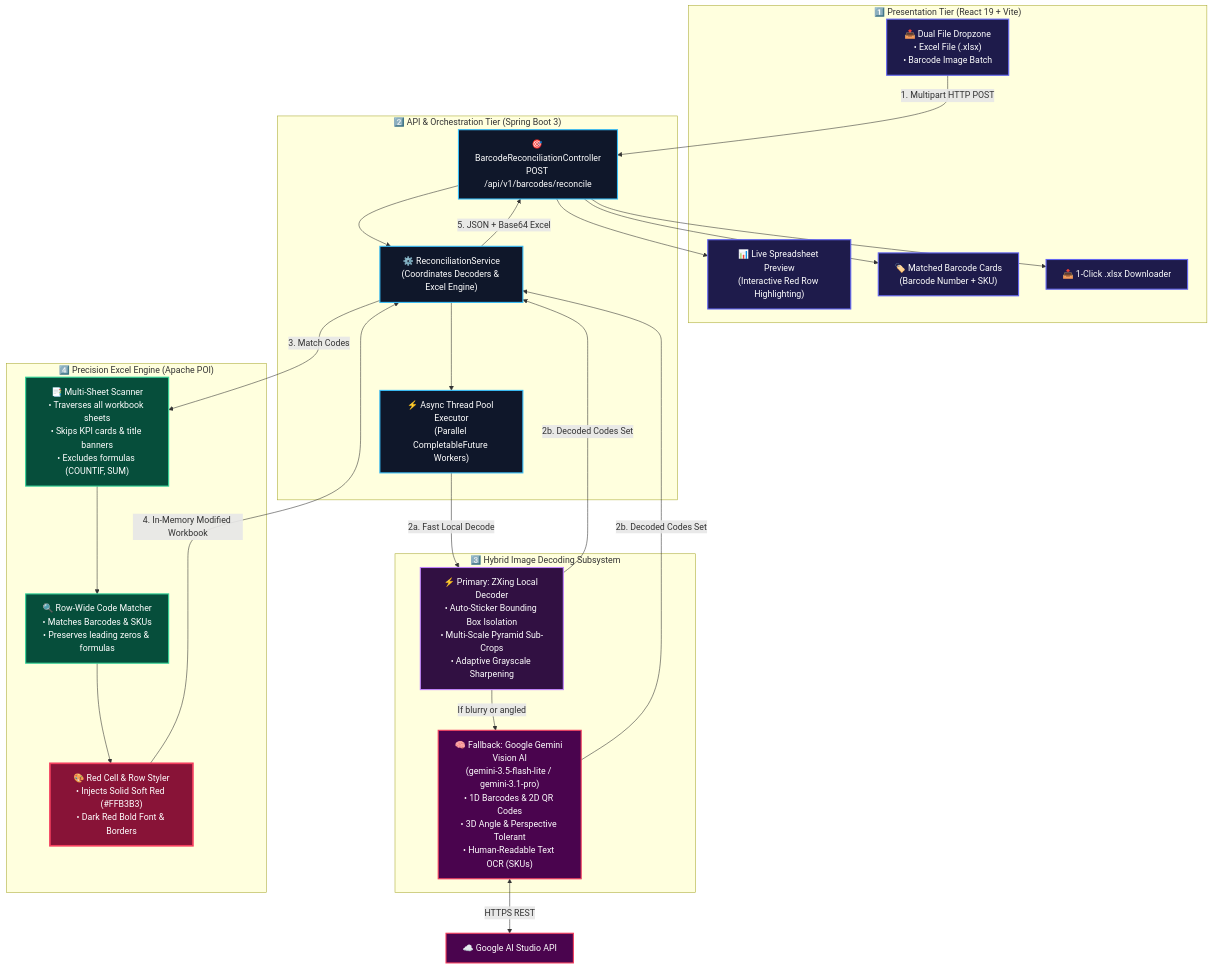
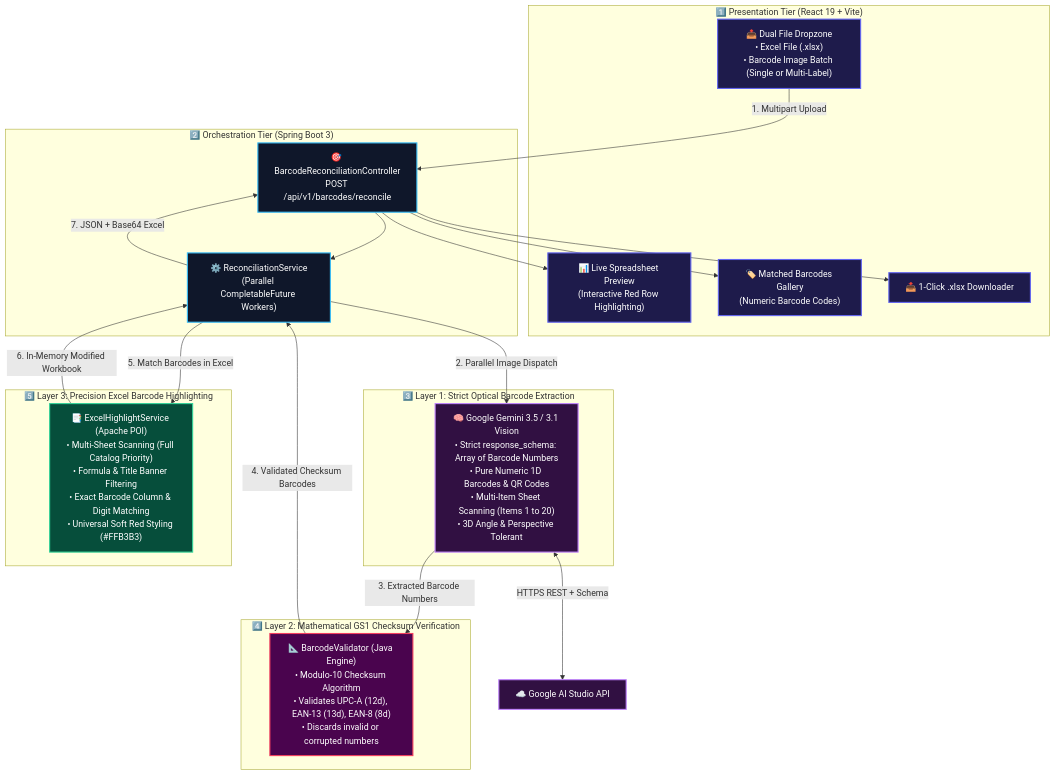
One commit to oeng-chihea/Q-Bar-Code-Decoding changed the diagram in README.md. Above: the diagram before and after it, drawn with Mermaid. The commit also changed other lines of this file and 5 other files, not shown here.

Commit message:
update with the scanning barcode column only and then update the flow of the accuracy higher than the previous progress

````diff
--- a/README.md
+++ b/README.md
@@ -11,60 +11,53 @@
 ```mermaid
 graph TD
     %% Define Styles
     classDef client fill:#1e1b4b,stroke:#6366f1,stroke-width:2px,color:#ffffff;
     classDef backend fill:#0f172a,stroke:#38bdf8,stroke-width:2px,color:#ffffff;
-    classDef decoder fill:#311042,stroke:#c084fc,stroke-width:2px,color:#ffffff;
-    classDef ai fill:#4a044e,stroke:#f43f5e,stroke-width:2px,color:#ffffff;
-    classDef excel fill:#064e3b,stroke:#34d399,stroke-width:2px,color:#ffffff;
+    classDef layer1 fill:#311042,stroke:#c084fc,stroke-width:2px,color:#ffffff;
+    classDef layer2 fill:#4a044e,stroke:#f43f5e,stroke-width:2px,color:#ffffff;
+    classDef layer3 fill:#064e3b,stroke:#34d399,stroke-width:2px,color:#ffffff;
     classDef result fill:#881337,stroke:#f43f5e,stroke-width:3px,color:#ffffff;
 
-    %% 1. FRONTEND TIER
-    subgraph TIER1 ["1️⃣ Presentation Tier (React 19 + Vite)"]
-        UI_Upload["📤 Dual File Dropzone\n• Excel File (.xlsx)\n• Barcode Image Batch"]:::client
+    %% PRESENTATION TIER
+    subgraph ClientLayer ["1️⃣ Presentation Tier (React 19 + Vite)"]
+        UI_Upload["📤 Dual File Dropzone\n• Excel File (.xlsx)\n• Barcode Image Batch (Single or Multi-Label)"]:::client
         UI_Preview["📊 Live Spreadsheet Preview\n(Interactive Red Row Highlighting)"]:::client
-        UI_Cards["🏷️ Matched Barcode Cards\n(Barcode Number + SKU)"]:::client
+        UI_Cards["🏷️ Matched Barcodes Gallery\n(Numeric Barcode Codes)"]:::client
         UI_Download["📥 1-Click .xlsx Downloader"]:::client
     end
 
-    %% 2. BACKEND API TIER
-    subgraph TIER2 ["2️⃣ API & Orchestration Tier (Spring Boot 3)"]
+    %% BACKEND TIER
+    subgraph BackendLayer ["2️⃣ Orchestration Tier (Spring Boot 3)"]
         API_Ctrl["🎯 BarcodeReconciliationController\nPOST /api/v1/barcodes/reconcile"]:::backend
-        API_Orch["⚙️ ReconciliationService\n(Coordinates Decoders & Excel Engine)"]:::backend
-        ThreadPool["⚡ Async Thread Pool Executor\n(Parallel CompletableFuture Workers)"]:::backend
+        API_Orch["⚙️ ReconciliationService\n(Parallel CompletableFuture Workers)"]:::backend
     end
 
-    %% 3. DUAL DECODING ENGINE
-    subgraph TIER3 ["3️⃣ Hybrid Image Decoding Subsystem"]
-        ZXing_Engine["⚡ Primary: ZXing Local Decoder\n• Auto-Sticker Bounding Box Isolation\n• Multi-Scale Pyramid Sub-Crops\n• Adaptive Grayscale Sharpening"]:::decoder
-        Gemini_AI["🧠 Fallback: Google Gemini Vision AI\n(gemini-3.5-flash-lite / gemini-3.1-pro)\n• 1D Barcodes & 2D QR Codes\n• 3D Angle & Perspective Tolerant\n• Human-Readable Text OCR (SKUs)"]:::ai
+    %% LAYER 1: STRICT BARCODE AI OCR
+    subgraph Layer1 ["3️⃣ Layer 1: Strict Optical Barcode Extraction"]
+        Gemini_AI["🧠 Google Gemini 3.5 / 3.1 Vision\n• Strict response_schema: Array of Barcode Numbers\n• Pure Numeric 1D Barcodes & QR Codes\n• Multi-Item Sheet Scanning (Items 1 to 20)\n• 3D Angle & Perspective Tolerant"]:::layer1
     end
 
-    %% 4. EXCEL PROCESSING ENGINE
-    subgraph TIER4 ["4️⃣ Precision Excel Engine (Apache POI)"]
-        Excel_Scanner["📑 Multi-Sheet Scanner\n• Traverses all workbook sheets\n• Skips KPI cards & title banners\n• Excludes formulas (COUNTIF, SUM)"]:::excel
-        Excel_Matcher["🔍 Row-Wide Code Matcher\n• Matches Barcodes & SKUs\n• Preserves leading zeros & formulas"]:::excel
-        Excel_Styler["🎨 Red Cell & Row Styler\n• Injects Solid Soft Red (#FFB3B3)\n• Dark Red Bold Font & Borders"]:::result
+    %% LAYER 2: MATHEMATICAL GS1 VALIDATOR
+    subgraph Layer2 ["4️⃣ Layer 2: Mathematical GS1 Checksum Verification"]
+        GS1_Validator["📐 BarcodeValidator (Java Engine)\n• Modulo-10 Checksum Algorithm\n• Validates UPC-A (12d), EAN-13 (13d), EAN-8 (8d)\n• Discards invalid or corrupted numbers"]:::layer2
     end
 
-    %% Flow Paths
-    UI_Upload -->|1. Multipart HTTP POST| API_Ctrl
+    %% LAYER 3: BARCODE COLUMN MATCHING
+    subgraph Layer3 ["5️⃣ Layer 3: Precision Excel Barcode Highlighting"]
+        Excel_Engine["📑 ExcelHighlightService (Apache POI)\n• Multi-Sheet Scanning (Full Catalog Priority)\n• Formula & Title Banner Filtering\n• Exact Barcode Column & Digit Matching\n• Universal Soft Red Styling (#FFB3B3)"]:::layer3
+    end
+
+    %% Data Flow
+    UI_Upload -->|1. Multipart Upload| API_Ctrl
     API_Ctrl --> API_Orch
-    API_Orch --> ThreadPool
-    
-    ThreadPool -->|2a. Fast Local Decode| ZXing_Engine
-    ZXing_Engine -->|If blurry or angled| Gemini_AI
-    Gemini_AI <-->|HTTPS REST| CloudAPI["☁️ Google AI Studio API"]:::ai
-
-    ZXing_Engine -->|2b. Decoded Codes Set| API_Orch
-    Gemini_AI -->|2b. Decoded Codes Set| API_Orch
-
-    API_Orch -->|3. Match Codes| Excel_Scanner
-    Excel_Scanner --> Excel_Matcher
-    Excel_Matcher --> Excel_Styler
-
-    Excel_Styler -->|4. In-Memory Modified Workbook| API_Orch
-    API_Orch -->|5. JSON + Base64 Excel| API_Ctrl
+    API_Orch -->|2. Parallel Image Dispatch| Gemini_AI
+    Gemini_AI <-->|HTTPS REST + Schema| CloudAPI["☁️ Google AI Studio API"]:::layer1
+    Gemini_AI -->|3. Extracted Barcode Numbers| GS1_Validator
+    GS1_Validator -->|4. Validated Checksum Barcodes| API_Orch
+    API_Orch -->|5. Match Barcodes in Excel| Excel_Engine
+    Excel_Engine -->|6. In-Memory Modified Workbook| API_Orch
+    API_Orch -->|7. JSON + Base64 Excel| API_Ctrl
     API_Ctrl --> UI_Preview
     API_Ctrl --> UI_Cards
     API_Ctrl --> UI_Download
 ```
````
